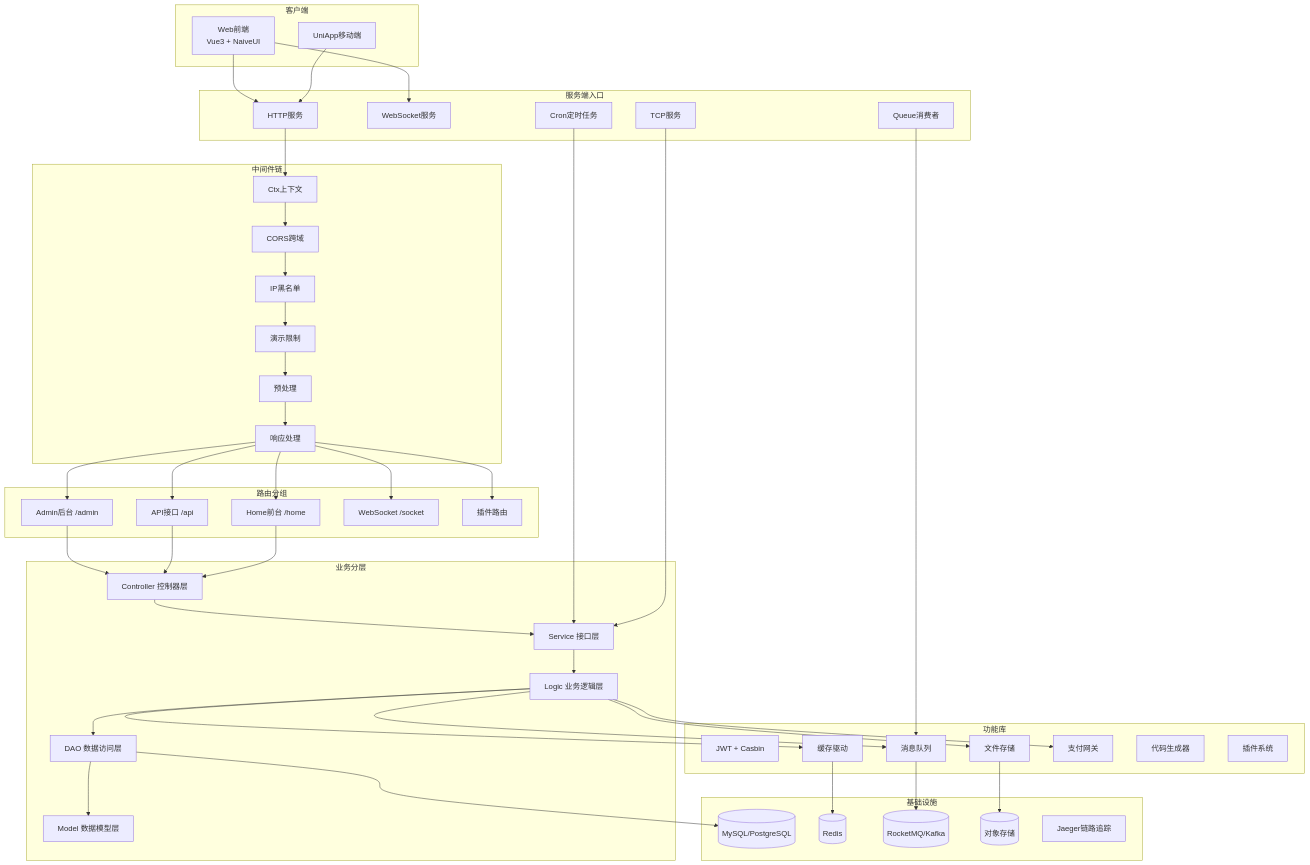
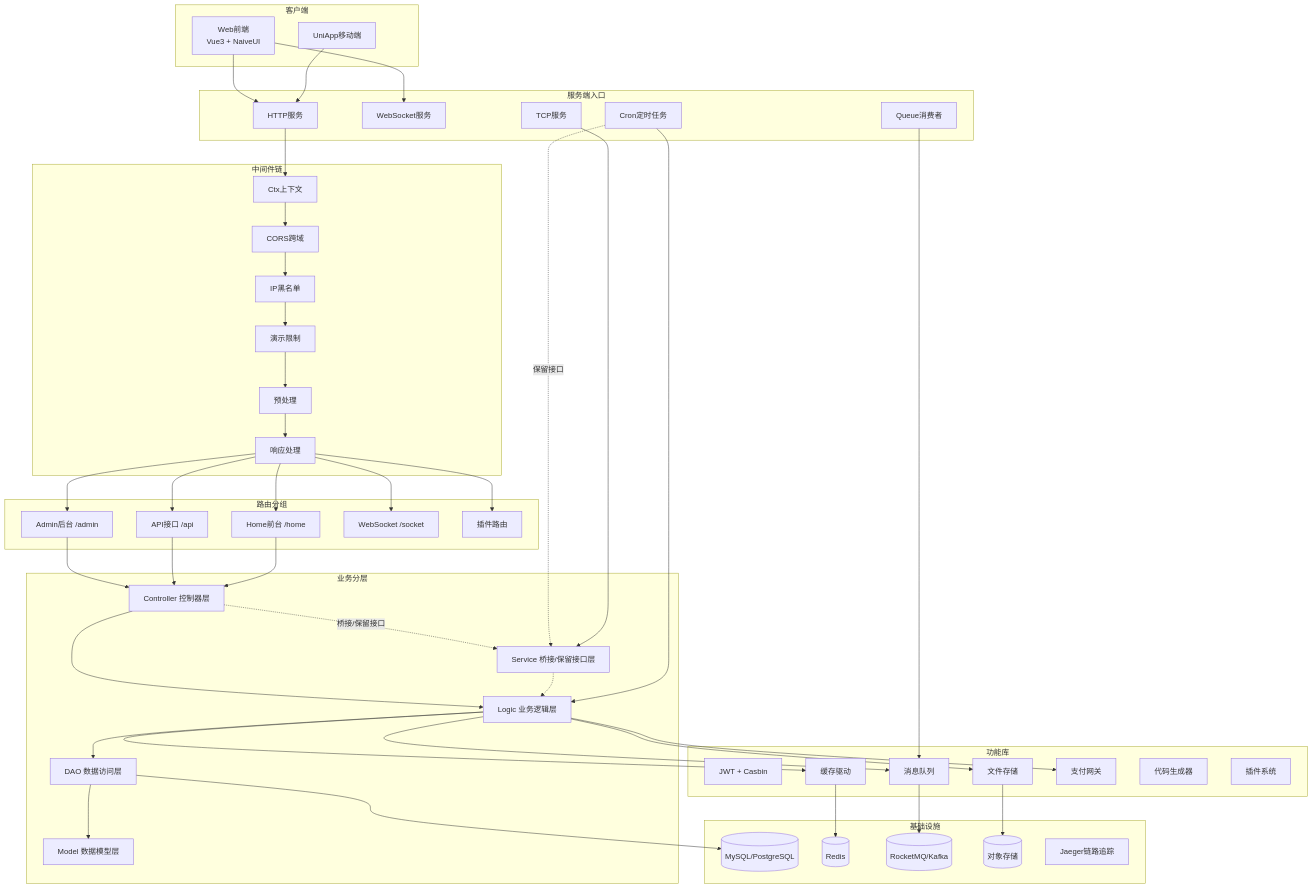
One commit to hailaz/hotgo changed the first of 8 diagrams in docs/guide-zh-CN/dev-architecture.md. Above: the diagram before and after it, drawn with Mermaid. The commit also changed other lines of this file and 116 other files, not shown here.

````diff
--- a/docs/guide-zh-CN/dev-architecture.md
+++ b/docs/guide-zh-CN/dev-architecture.md
@@ -9,73 +9,75 @@
 ```mermaid
 graph TB
     subgraph 客户端
         WEB[Web前端<br/>Vue3 + NaiveUI]
         APP[UniApp移动端]
     end
 
     subgraph 服务端入口
         HTTP[HTTP服务]
         WS[WebSocket服务]
         TCP[TCP服务]
         QUEUE[Queue消费者]
         CRON[Cron定时任务]
     end
 
     subgraph 中间件链
         MW1[Ctx上下文]
         MW2[CORS跨域]
         MW3[IP黑名单]
         MW4[演示限制]
         MW5[预处理]
         MW6[响应处理]
     end
 
     subgraph 路由分组
         ADMIN[Admin后台 /admin]
         API[API接口 /api]
         HOME[Home前台 /home]
         SOCKET[WebSocket /socket]
         ADDON_R[插件路由]
     end
 
     subgraph 业务分层
         CTRL[Controller 控制器层]
-        SVC[Service 接口层]
+        SVC[Service 桥接/保留接口层]
         LOGIC[Logic 业务逻辑层]
         DAO[DAO 数据访问层]
         MODEL[Model 数据模型层]
     end
 
     subgraph 功能库
         AUTH[JWT + Casbin]
         CACHE[缓存驱动]
         QUE[消息队列]
         STORE[文件存储]
         PAY[支付网关]
         GEN[代码生成器]
         ADDONS[插件系统]
     end
 
     subgraph 基础设施
         DB[(MySQL/PostgreSQL)]
         REDIS[(Redis)]
         MQ[(RocketMQ/Kafka)]
         OSS[(对象存储)]
         JAEGER[Jaeger链路追踪]
     end
 
     WEB --> HTTP
     APP --> HTTP
     WEB --> WS
     HTTP --> MW1 --> MW2 --> MW3 --> MW4 --> MW5 --> MW6
     MW6 --> ADMIN & API & HOME & SOCKET & ADDON_R
-    ADMIN & API & HOME --> CTRL --> SVC --> LOGIC --> DAO --> MODEL
+    ADMIN & API & HOME --> CTRL --> LOGIC --> DAO --> MODEL
+    CTRL -.->|桥接/保留接口| SVC -.-> LOGIC
     DAO --> DB
     LOGIC --> CACHE --> REDIS
     LOGIC --> QUE --> MQ
     LOGIC --> STORE --> OSS
     LOGIC --> PAY
     QUEUE --> QUE
-    CRON --> SVC
+    CRON --> LOGIC
+    CRON -.->|保留接口| SVC
     TCP --> SVC
 ```
````
